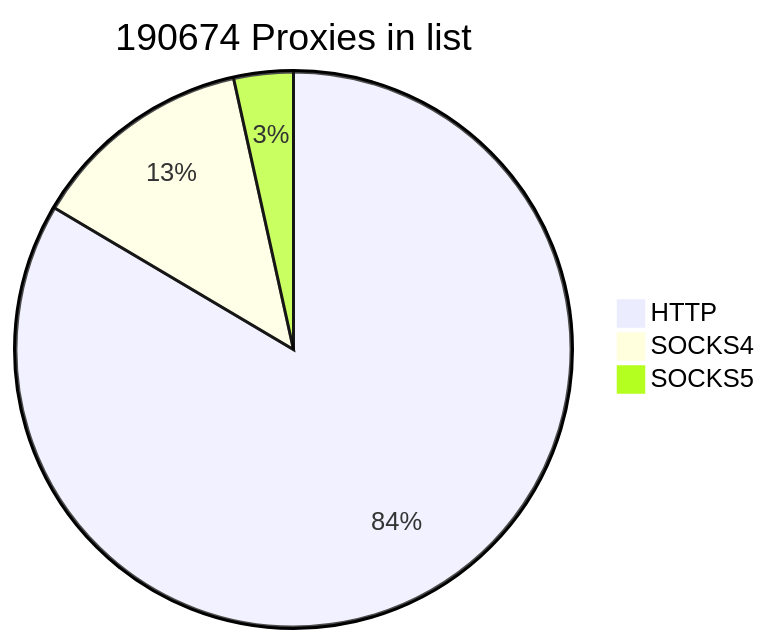
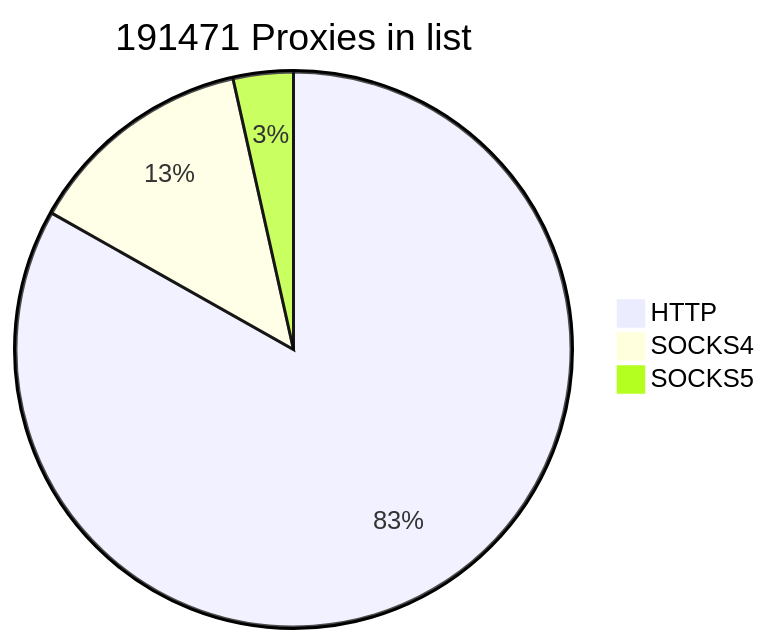
The first of 2 diagrams in README.md (cutipu/proxylist), drawn with Mermaid before and after one commit. The commit also changed other lines of this file, not shown here.

````diff
--- a/README.md
+++ b/README.md
@@ -2,7 +2,7 @@
 ```mermaid
-pie title 190674 Proxies in list
-    "HTTP" : 159233
-    "SOCKS4" : 24841
-    "SOCKS5" : 6600
+pie title 191471 Proxies in list
+    "HTTP" : 159256
+    "SOCKS4" : 25517
+    "SOCKS5" : 6698
             
 ```
````
